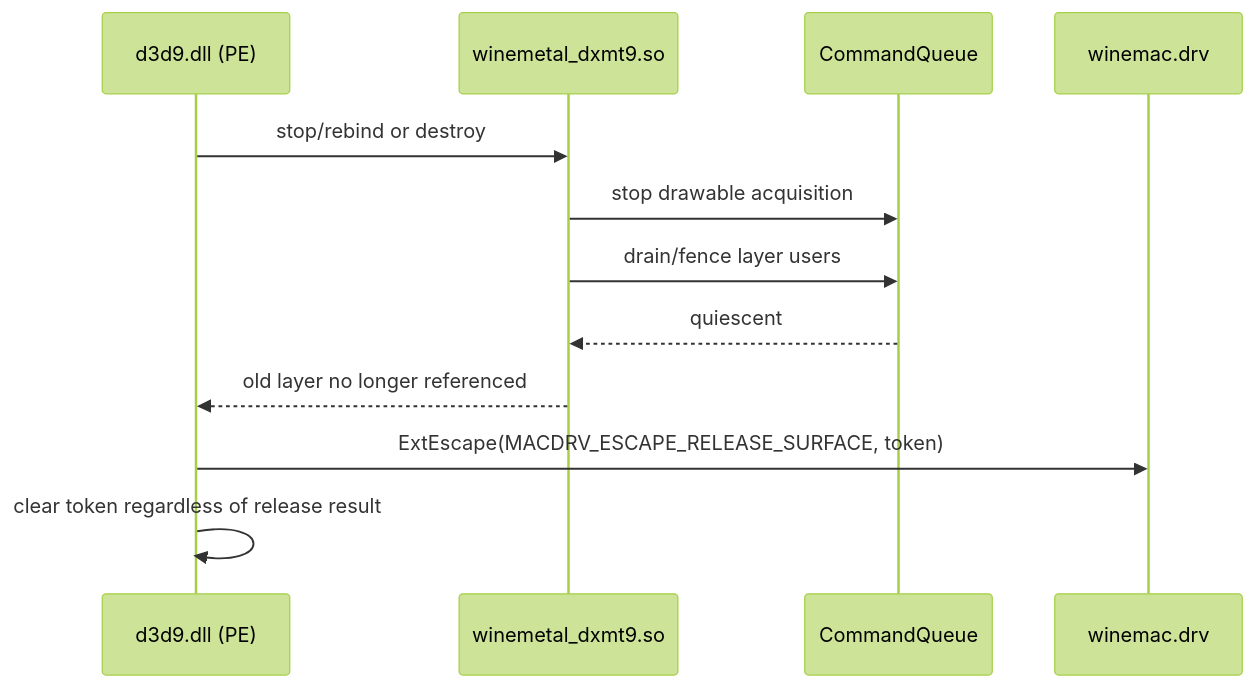
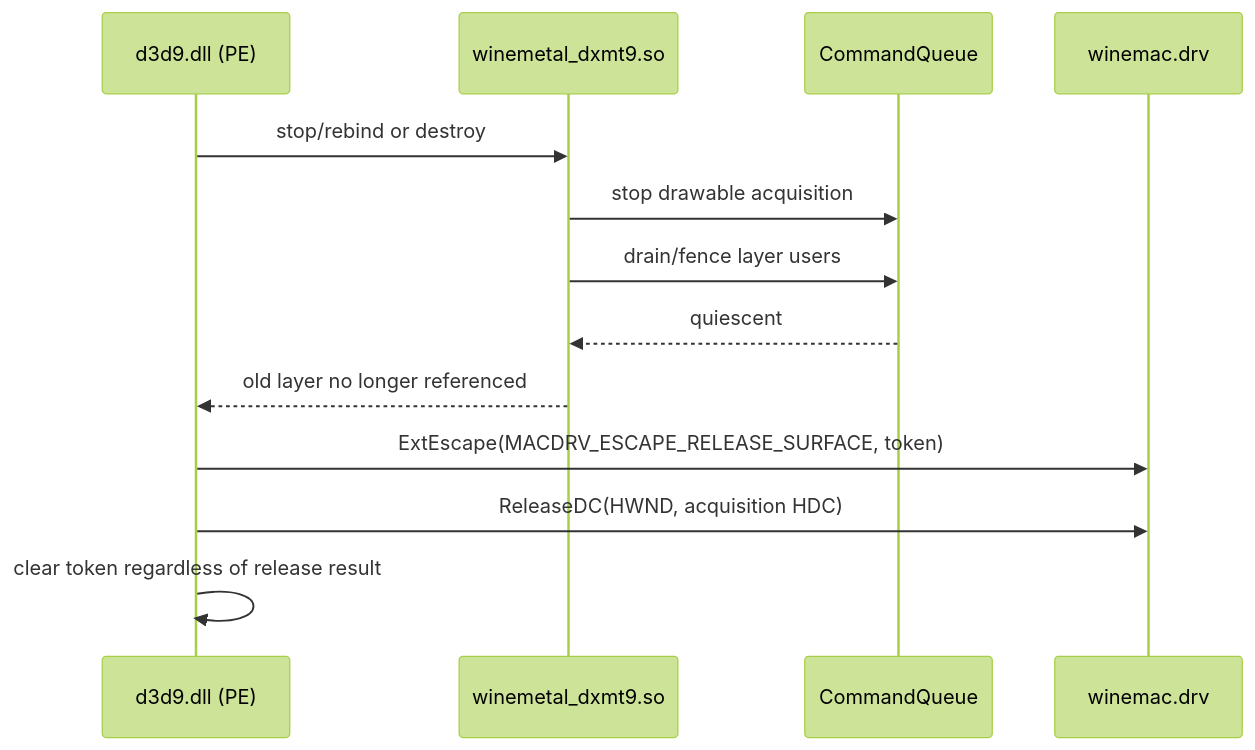
The second of 2 diagrams in specs/winemetal/spec.md (dfdgsdfg/dxmt9), drawn with Mermaid (forest theme) before and after one commit. The commit also changed other lines of this file and 32 other files, not shown here.

````diff
--- a/specs/winemetal/spec.md
+++ b/specs/winemetal/spec.md
@@ -57,15 +57,16 @@
 ```mermaid
 sequenceDiagram
     participant D9 as d3d9.dll (PE)
     participant Provider as winemetal_dxmt9.so
     participant Queue as CommandQueue
     participant Mac as winemac.drv
 
     D9->>Provider: stop/rebind or destroy
     Provider->>Queue: stop drawable acquisition
     Provider->>Queue: drain/fence layer users
     Queue-->>Provider: quiescent
     Provider-->>D9: old layer no longer referenced
     D9->>Mac: ExtEscape(MACDRV_ESCAPE_RELEASE_SURFACE, token)
+    D9->>Mac: ReleaseDC(HWND, acquisition HDC)
     D9->>D9: clear token regardless of release result
 ```
````
